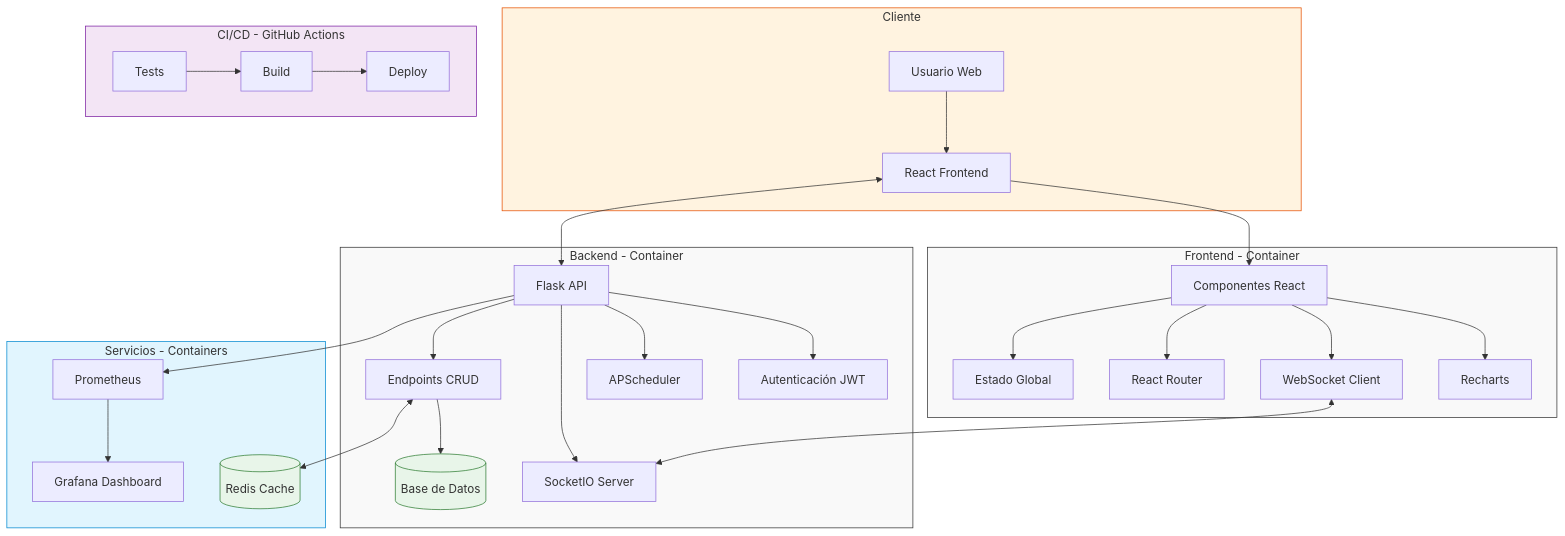
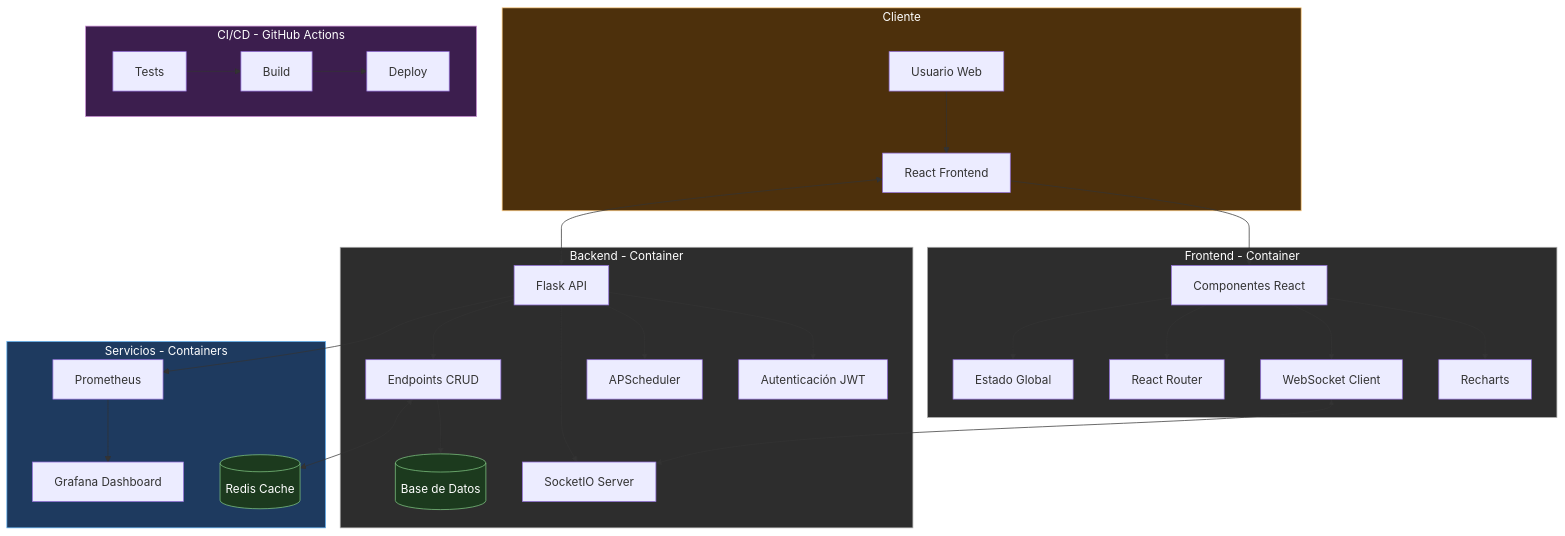
One commit to jeancadev/real-time-dashboard changed the diagram in README.md. Above: the diagram before and after it, drawn with Mermaid.

Commit message:
Se actualizaron los estilos del diagrama mermaid en el README.md para mejorar el contraste y la legibilidad, utilizando una paleta de colores oscuros.

````diff
--- a/README.md
+++ b/README.md
@@ -51,58 +51,58 @@
 ```mermaid
 flowchart TD
-    %% Definición de estilos
-    classDef container fill:#f9f9f9,stroke:#333,stroke-width:1px;
-    classDef service fill:#e1f5fe,stroke:#0288d1,stroke-width:1px;
-    classDef database fill:#e8f5e9,stroke:#2e7d32,stroke-width:1px;
-    classDef client fill:#fff3e0,stroke:#e65100,stroke-width:1px;
-    classDef cicd fill:#f3e5f5,stroke:#7b1fa2,stroke-width:1px;
+    %% Definición de estilos con colores oscuros para mejor contraste
+    classDef container fill:#2d2d2d,stroke:#aaaaaa,stroke-width:1px,color:#ffffff;
+    classDef service fill:#1e3a5f,stroke:#64b5f6,stroke-width:1px,color:#ffffff;
+    classDef database fill:#1c3a1e,stroke:#81c784,stroke-width:1px,color:#ffffff;
+    classDef client fill:#4d300c,stroke:#ffcc80,stroke-width:1px,color:#ffffff;
+    classDef cicd fill:#3c1e4e,stroke:#ce93d8,stroke-width:1px,color:#ffffff;
 
     %% Cliente
     subgraph cliente[Cliente]
         A[Usuario Web] --> B[React Frontend]
     end
     class cliente client;
 
     %% Frontend
     subgraph frontend[Frontend - Container]
         B --> C[Componentes React]
         C --> D[Recharts]
         C --> E[WebSocket Client]
         C --> F[React Router]
         C --> G[Estado Global]
     end
     class frontend container;
 
     %% Backend
     subgraph backend[Backend - Container]
         H[Flask API] --> I[Autenticación JWT]
         H --> J[APScheduler]
         H --> K[SocketIO Server]
         H --> L[Endpoints CRUD]
         L --> M[(Base de Datos)]
     end
     class backend container;
     class M database;
 
     %% Servicios
     subgraph servicios[Servicios - Containers]
         N[(Redis Cache)]
         O[Prometheus]
         P[Grafana Dashboard]
     end
     class servicios service;
     class N database;
 
     %% CI/CD
     subgraph cicd[CI/CD - GitHub Actions]
         Q[Tests] --> R[Build] --> S[Deploy]
     end
     class cicd cicd;
 
     %% Conexiones
     B <--> H
     E <--> K
     L <--> N
     H --> O
     O --> P
 ```
````
